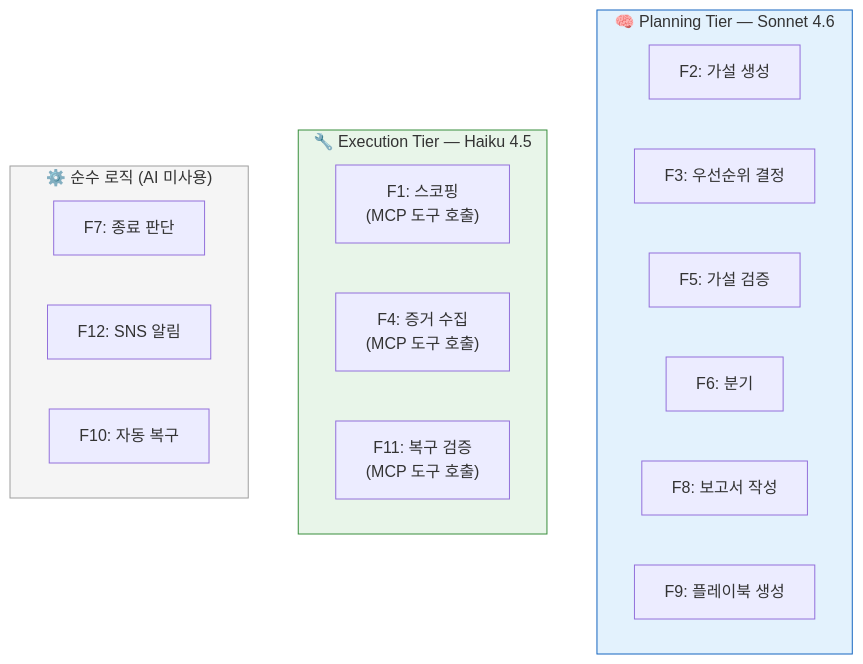
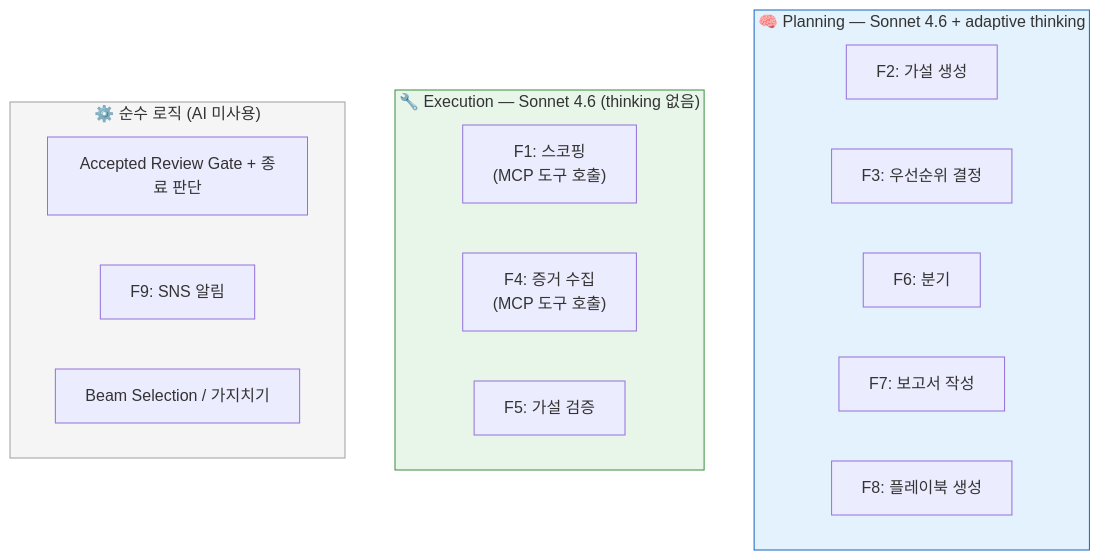
The eighth of 22 diagrams in docs/system-guide-for-ops.md (haandol/rca-agent), drawn with Mermaid before and after one commit. The commit also changed other lines of this file and 9 other files, not shown here.

````diff
--- a/docs/system-guide-for-ops.md
+++ b/docs/system-guide-for-ops.md
@@ -362,27 +361,26 @@
 ```mermaid
 graph TB
-    subgraph Planning["🧠 Planning Tier — Sonnet 4.6"]
+    subgraph Planning["🧠 Planning — Sonnet 4.6 + adaptive thinking"]
         P1["F2: 가설 생성"]
         P2["F3: 우선순위 결정"]
-        P3["F5: 가설 검증"]
         P4["F6: 분기"]
-        P5["F8: 보고서 작성"]
-        P6["F9: 플레이북 생성"]
+        P5["F7: 보고서 작성"]
+        P6["F8: 플레이북 생성"]
     end
 
-    subgraph Execution["🔧 Execution Tier — Haiku 4.5"]
+    subgraph Execution["🔧 Execution — Sonnet 4.6 (thinking 없음)"]
         E1["F1: 스코핑<br/>(MCP 도구 호출)"]
         E2["F4: 증거 수집<br/>(MCP 도구 호출)"]
-        E3["F11: 복구 검증<br/>(MCP 도구 호출)"]
+        E3["F5: 가설 검증"]
     end
 
     subgraph NoLLM["⚙️ 순수 로직 (AI 미사용)"]
-        N1["F7: 종료 판단"]
-        N2["F12: SNS 알림"]
-        N3["F10: 자동 복구"]
+        N1["Accepted Review Gate + 종료 판단"]
+        N2["F9: SNS 알림"]
+        N3["Beam Selection / 가지치기"]
     end
 
     style Planning fill:#e3f2fd,stroke:#1565c0
     style Execution fill:#e8f5e9,stroke:#388e3c
     style NoLLM fill:#f5f5f5,stroke:#9e9e9e
 ```
````
